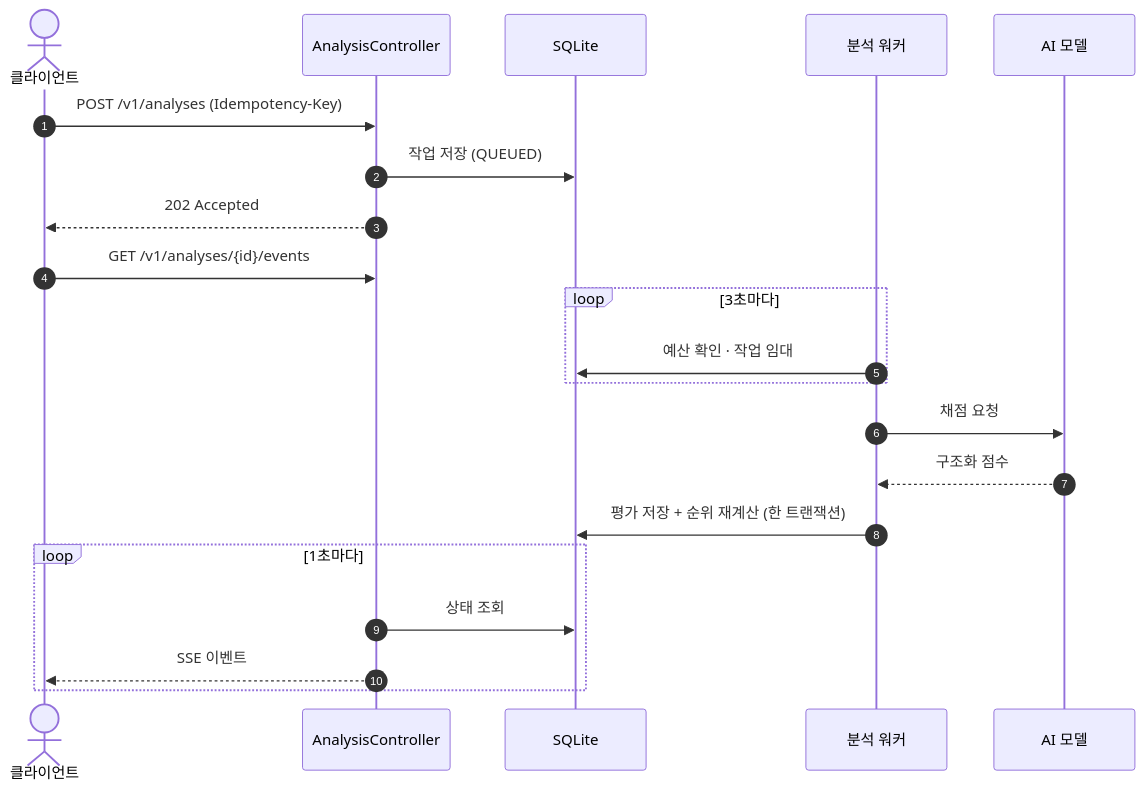
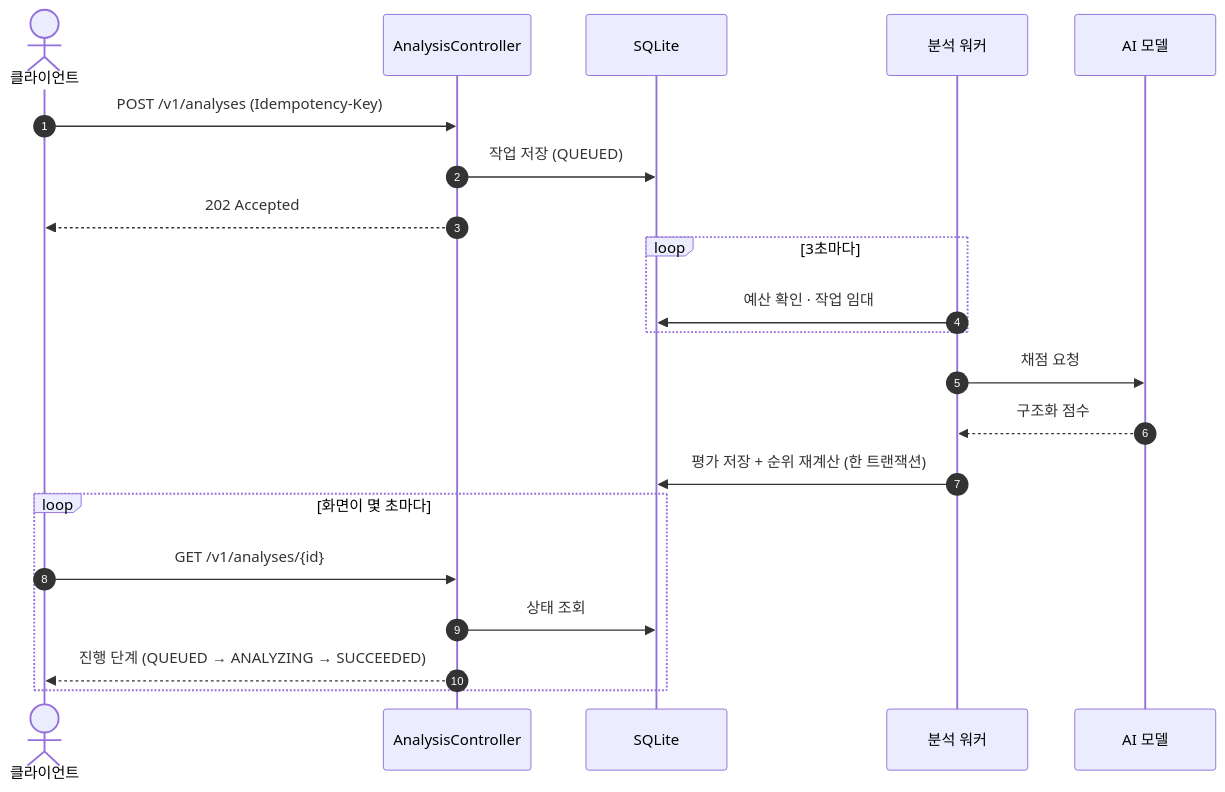
The diagram in backend/README.md (yooni9ue/santacut), drawn with Mermaid before and after one commit. The commit also changed other lines of this file and 34 other files, not shown here.

````diff
--- a/backend/README.md
+++ b/backend/README.md
@@ -44,23 +44,23 @@
 ```mermaid
 sequenceDiagram
     autonumber
     actor C as 클라이언트
     participant API as AnalysisController
     participant DB as SQLite
     participant W as 분석 워커
     participant AI as AI 모델
     C->>API: POST /v1/analyses (Idempotency-Key)
     API->>DB: 작업 저장 (QUEUED)
     API-->>C: 202 Accepted
-    C->>API: GET /v1/analyses/{id}/events
     loop 3초마다
         W->>DB: 예산 확인 · 작업 임대
     end
     W->>AI: 채점 요청
     AI-->>W: 구조화 점수
     W->>DB: 평가 저장 + 순위 재계산 (한 트랜잭션)
-    loop 1초마다
+    loop 화면이 몇 초마다
+        C->>API: GET /v1/analyses/{id}
         API->>DB: 상태 조회
-        API-->>C: SSE 이벤트
+        API-->>C: 진행 단계 (QUEUED → ANALYZING → SUCCEEDED)
     end
 ```
````
